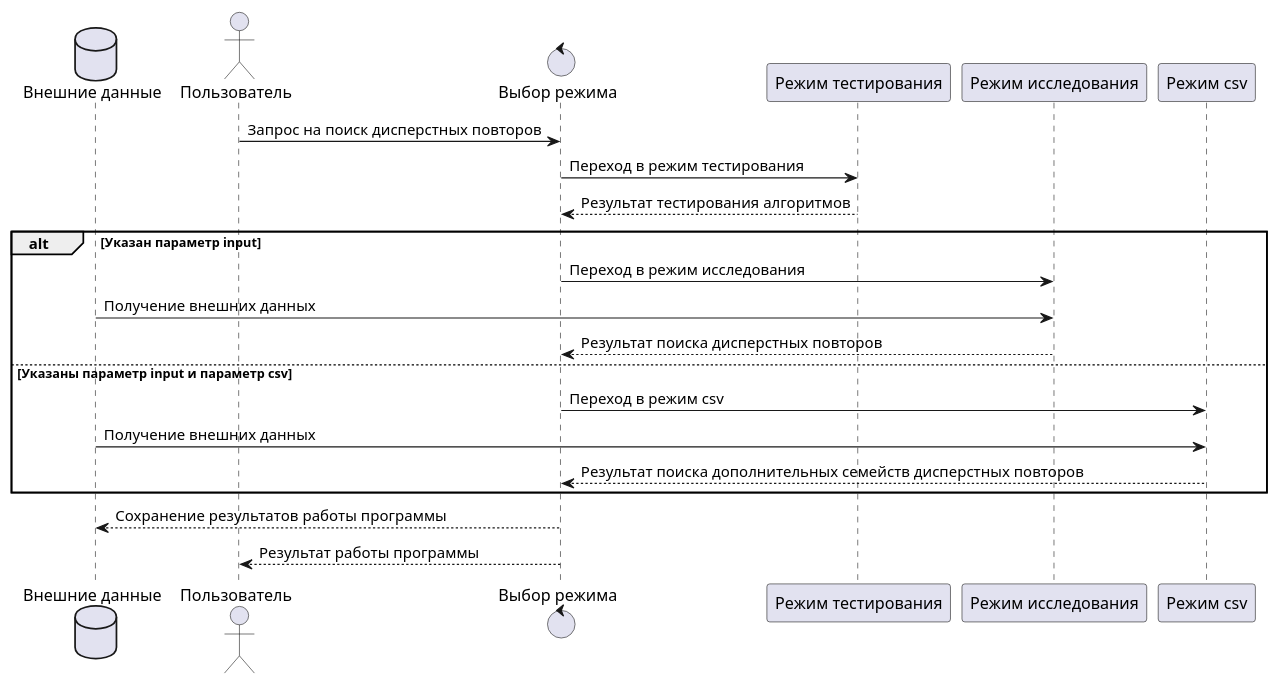
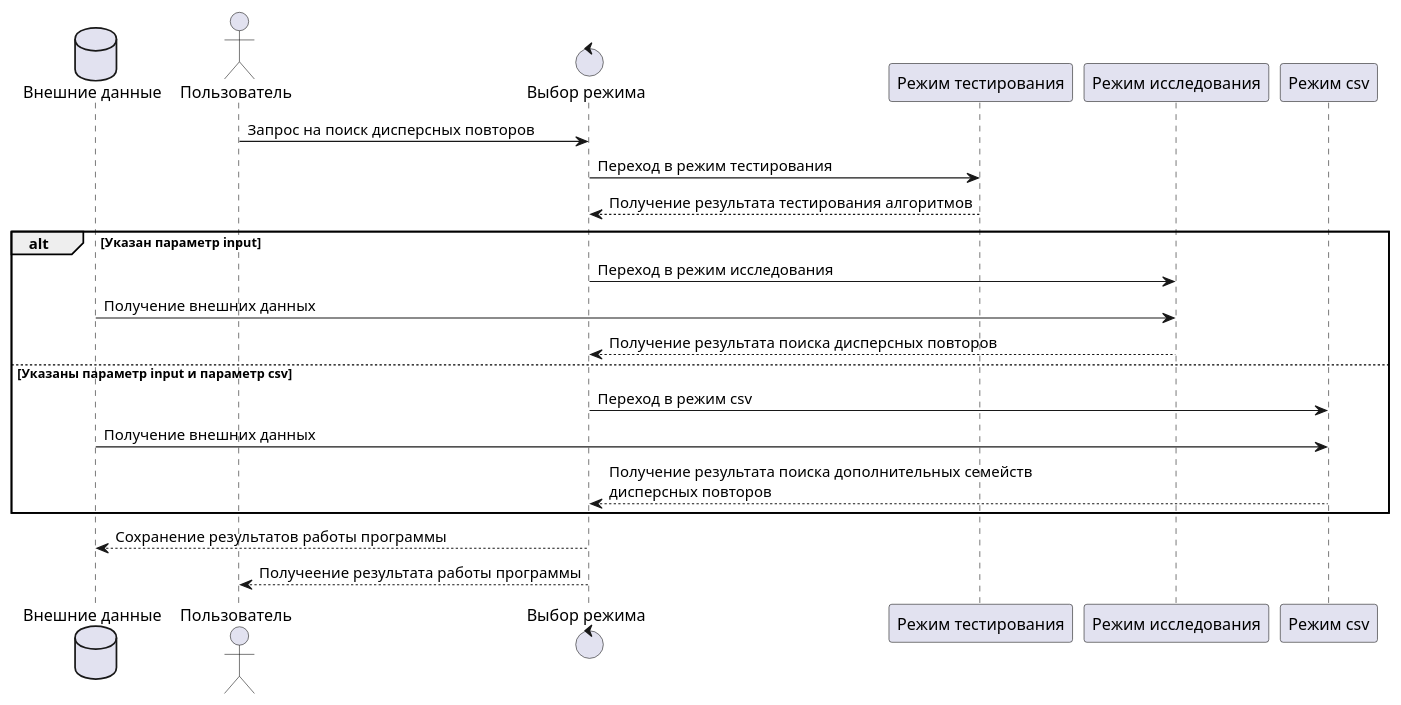
The diagram in diagrams/scheme_high_level.puml (ikramanop/aligner), drawn with PlantUML before and after one commit. The commit also changed 5 other files, not shown here.

```diff
--- a/diagrams/scheme_high_level.puml
+++ b/diagrams/scheme_high_level.puml
@@ -1,25 +1,25 @@
 @startuml
 
 database "Внешние данные" as data
 actor Пользователь as user
 control "Выбор режима" as router
 participant "Режим тестирования" as test
 participant "Режим исследования" as exp
 participant "Режим csv" as csv
 
-user -> router: Запрос на поиск дисперстных повторов
+user -> router: Запрос на поиск дисперсных повторов
 router -> test: Переход в режим тестирования
-test --> router: Результат тестирования алгоритмов
+test --> router: Получение результата тестирования алгоритмов
 alt Указан параметр input
     router -> exp: Переход в режим исследования
     data -> exp: Получение внешних данных
-    exp --> router: Результат поиска дисперстных повторов
+    exp --> router: Получение результата поиска дисперсных повторов
 else Указаны параметр input и параметр csv
     router -> csv: Переход в режим csv
     data -> csv: Получение внешних данных
-    csv --> router: Результат поиска дополнительных семейств дисперстных повторов
+    csv --> router: Получение результата поиска дополнительных семейств\nдисперсных повторов
 end
 router --> data: Сохранение результатов работы программы
-router --> user: Результат работы программы
+router --> user: Получеение результата работы программы
 
 @enduml
```
